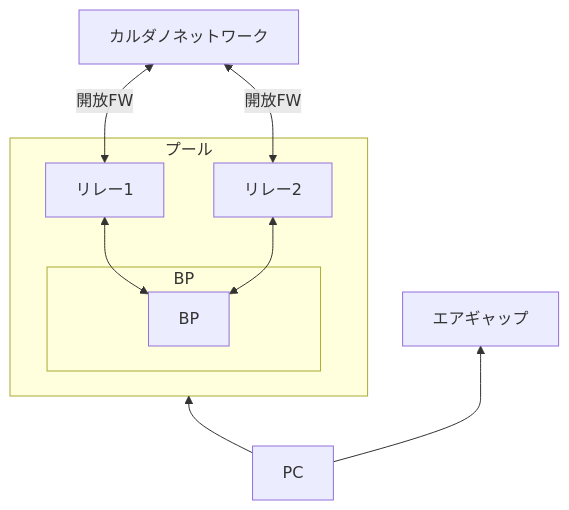
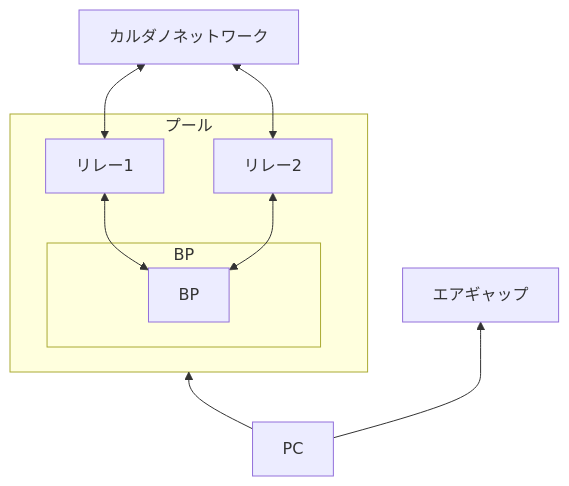
One commit to btbf/spojapanguild changed the diagram in docs/index.md. Above: the diagram before and after it, drawn with Mermaid. The commit also changed other lines of this file and 7 other files, not shown here.

````diff
--- a/docs/index.md
+++ b/docs/index.md
@@ -99,12 +110,12 @@
 ``` mermaid
     flowchart BT
-        a2[リレー1] & a3[リレー2] <-- 開放FW --> a4[カルダノネットワーク]
+        a2[リレー1] & a3[リレー2] <--> a4[カルダノネットワーク]
         subgraph ide1[プール]
             subgraph BP
                 a1[BP]
             end
                 a1[BP] <--> a2[リレー1] & a3[リレー2]
         end
         c1[PC] --> ide1
         c1[PC] --> エアギャップ
 ```
````
